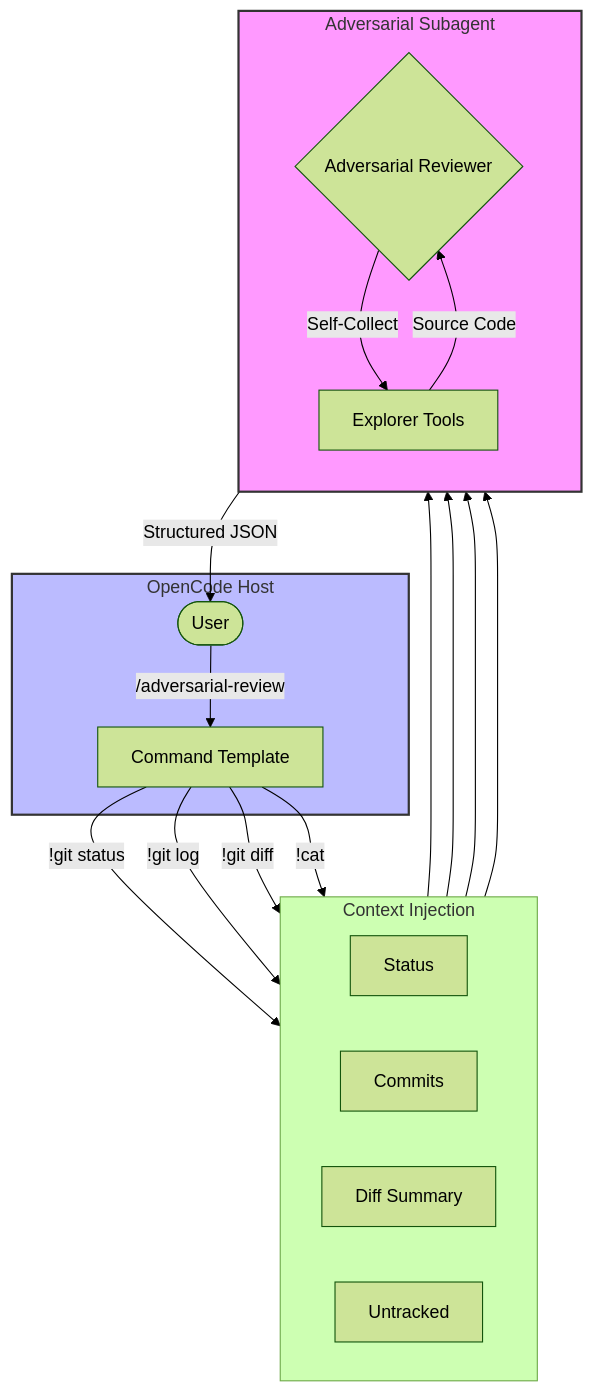
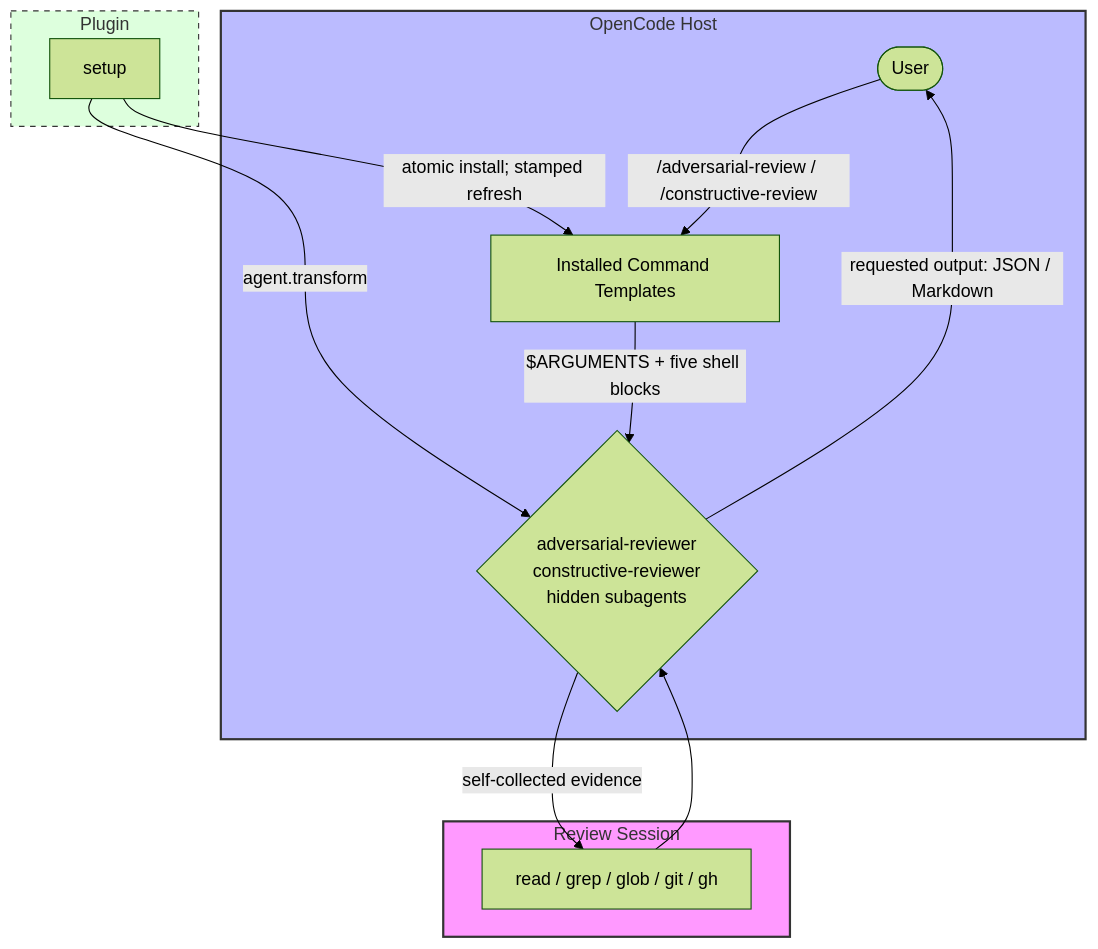
The diagram in packages/opencode-adversarial-review/README.md (capyBearista/opencode-plugins), drawn with Mermaid (forest theme) before and after one commit. The commit also changed other lines of this file and 20 other files, not shown here.

First line of the commit message:
feat(adversarial-review): V2 port with agent-in-plugin re-orientation and /review (#57)

````diff
--- a/packages/opencode-adversarial-review/README.md
+++ b/packages/opencode-adversarial-review/README.md
@@ -23,33 +31,26 @@
 ```mermaid
 graph TB
     subgraph Host [OpenCode Host]
-        User([User]) -->|/adversarial-review| Command[Command Template]
+        User([User]) -->|"/adversarial-review / /constructive-review"| Command[Installed Command Templates]
+        Command -->|"$ARGUMENTS + five shell blocks"| Reviewer
     end
 
-    subgraph Injection [Context Injection]
-        direction LR
-        Command -->|!git status| S[Status]
-        Command -->|!git log| L[Commits]
-        Command -->|!git diff| D[Diff Summary]
-        Command -->|!cat| U[Untracked]
+    subgraph Plugin [Plugin]
+        Setup[setup] -->|agent.transform| Reviewer{"adversarial-reviewer<br/>constructive-reviewer<br/>hidden subagents"}
+        Setup -->|"atomic install; stamped refresh"| Command
     end
 
-    subgraph Adversary [Adversarial Subagent]
-        direction TB
-        Reviewer{Adversarial Reviewer}
-        S & L & D & U --> Reviewer
-        
-        Reviewer -->|Self-Collect| Tools[Explorer Tools]
-        Tools -->|Source Code| Reviewer
+    subgraph Review [Review Session]
+        Reviewer -->|self-collected evidence| Tools[read / grep / glob / git / gh]
+        Tools --> Reviewer
+        Reviewer -->|"requested output: JSON / Markdown"| User
     end
 
-    Reviewer -->|Structured JSON| User
+    classDef host fill:#bbf,stroke:#333,stroke-width:2px;
+    classDef plugin fill:#dfd,stroke:#333,stroke-width:1px,stroke-dasharray: 5 5;
+    classDef adversary fill:#f9f,stroke:#333,stroke-width:2px;
 
-    classDef host fill:#bbf,stroke:#333,stroke-width:2px;
-    classDef collection fill:#dfd,stroke:#333,stroke-width:1px,stroke-dasharray: 5 5;
-    classDef adversary fill:#f9f,stroke:#333,stroke-width:2px;
-    
     class Host host;
-    class Collection collection;
-    class Adversary adversary;
+    class Plugin plugin;
+    class Review adversary;
 ```
````
